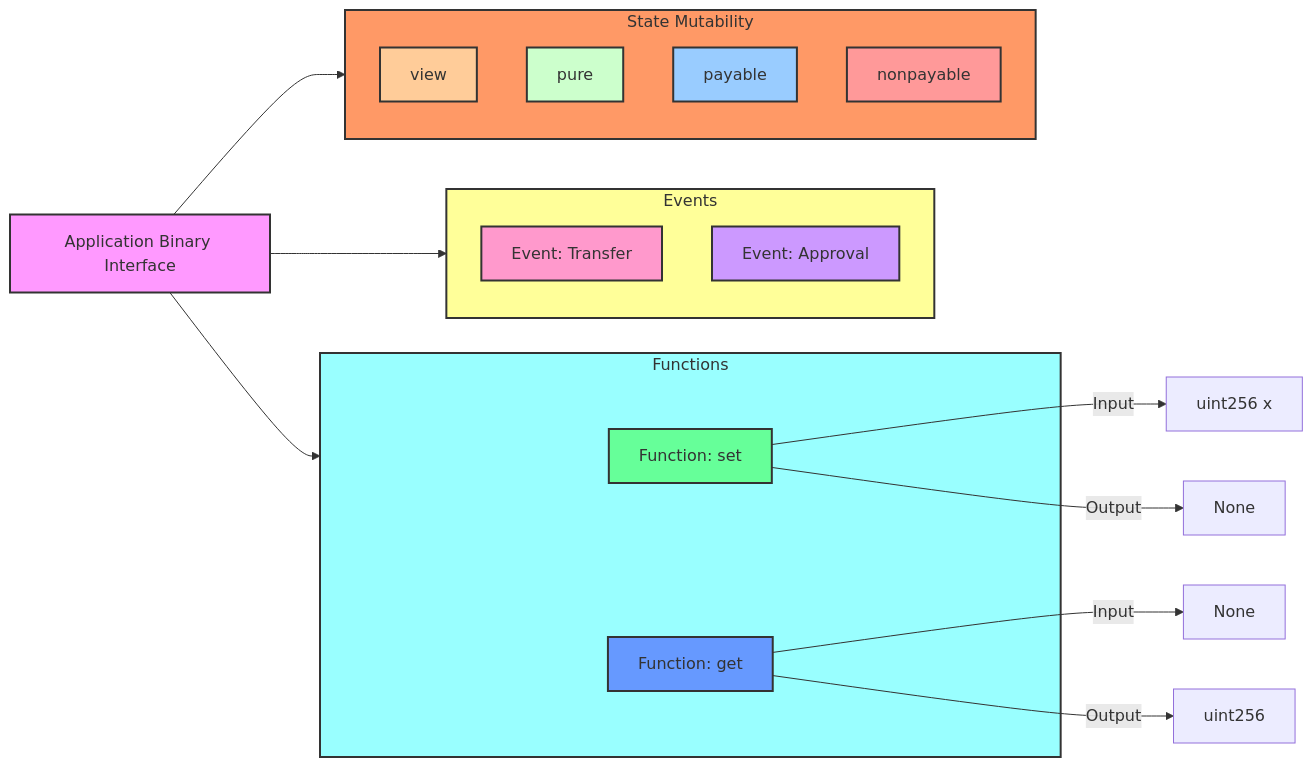
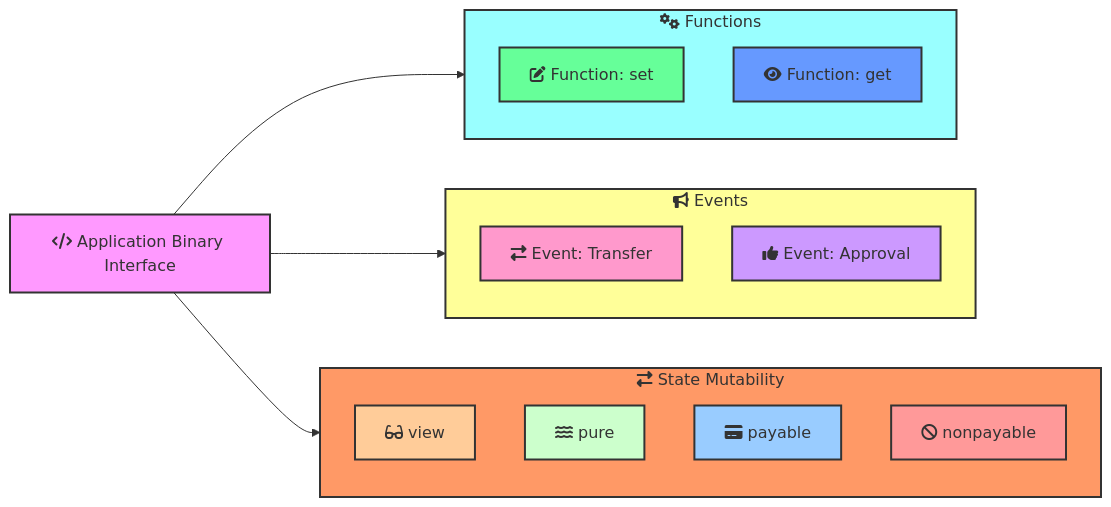
One commit to kelvin-bz/blog changed diagram 13 of 33 in _posts/2024-07-09-introduction-to-solidity.md. Above: the diagram before and after it, drawn with Mermaid. The commit also changed other lines of this file, not shown here.

````diff
--- a/_posts/2024-07-09-introduction-to-solidity.md
+++ b/_posts/2024-07-09-introduction-to-solidity.md
@@ -1024,43 +1041,40 @@
 ```mermaid
 graph LR
-    ABI["Application Binary Interface"]
-    ABI --> Functions["Functions"]
-    ABI --> Events["Events"]
-    ABI --> StateMutability["State Mutability"]
+    ABI["fa:fa-code Application Binary Interface"]
+    ABI --> Functions["fa:fa-cogs Functions"]
+    ABI --> Events["fa:fa-bullhorn Events"]
+    ABI --> StateMutability["fa:fa-exchange-alt State Mutability"]
 
-    subgraph Functions["Functions"]
-        setFunction["Function: set"]
-        getFunction["Function: get"]
+    subgraph Functions["fa:fa-cogs Functions"]
+        setFunction["fa:fa-edit Function: set"]
+        getFunction["fa:fa-eye Function: get"]
     end
 
-    subgraph Events["Events"]
-        event1["Event: Transfer"]
-        event2["Event: Approval"]
+    subgraph Events["fa:fa-bullhorn Events"]
+        event1["fa:fa-exchange-alt Event: Transfer"]
+        event2["fa:fa-thumbs-up Event: Approval"]
     end
 
-    subgraph StateMutability["State Mutability"]
-        view["view"]
-        pure["pure"]
-        payable["payable"]
-        nonpayable["nonpayable"]
+    subgraph StateMutability["fa:fa-exchange-alt State Mutability"]
+        view["fa:fa-glasses view"]
+        pure["fa:fa-water pure"]
+        payable["fa:fa-credit-card payable"]
+        nonpayable["fa:fa-ban nonpayable"]
     end
 
-    setFunction -->|Input| inputSet["uint256 x"]
-    setFunction -->|Output| outputSet["None"]
-
-    getFunction -->|Input| inputGet["None"]
-    getFunction -->|Output| outputGet["uint256"]
+  
 
     style ABI fill:#f9f,stroke:#333,stroke-width:2px
     style Functions fill:#9ff,stroke:#333,stroke-width:2px
     style Events fill:#ff9,stroke:#333,stroke-width:2px
     style StateMutability fill:#f96,stroke:#333,stroke-width:2px
     style setFunction fill:#6f9,stroke:#333,stroke-width:2px
     style getFunction fill:#69f,stroke:#333,stroke-width:2px
     style event1 fill:#f9c,stroke:#333,stroke-width:2px
     style event2 fill:#c9f,stroke:#333,stroke-width:2px
     style view fill:#fc9,stroke:#333,stroke-width:2px
     style pure fill:#cfc,stroke:#333,stroke-width:2px
     style payable fill:#9cf,stroke:#333,stroke-width:2px
     style nonpayable fill:#f99,stroke:#333,stroke-width:2px
+
 ```
````
